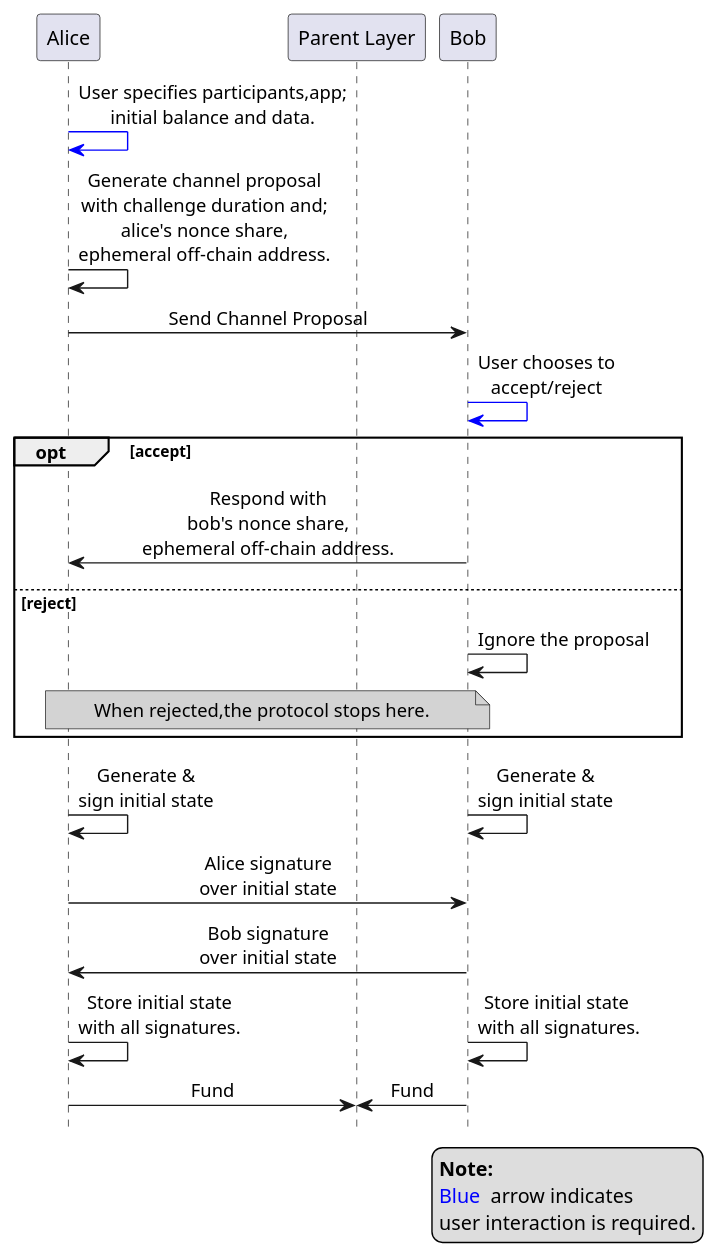
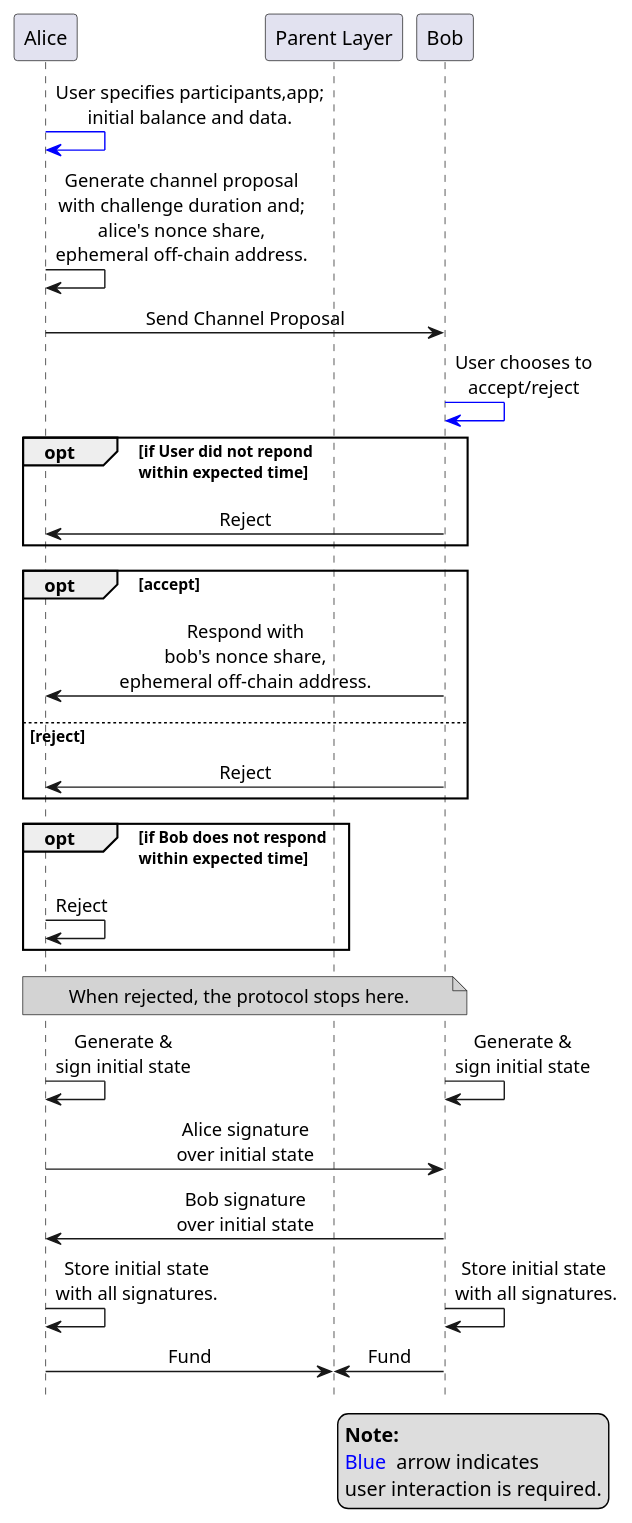
One commit to hyperledger-labs/perun-doc changed the diagram in source/images/concepts/open_generic.plantuml. Above: the diagram before and after it, drawn with PlantUML. The commit also changed 13 other files, not shown here.

```diff
--- a/source/images/concepts/open_generic.plantuml
+++ b/source/images/concepts/open_generic.plantuml
@@ -4,41 +4,48 @@
 @startuml open_generic
 !pragma teoz true
 hide footbox
 skinparam SequenceMessageAlign center
 
 participant "Alice" as alice
 participant "Parent Layer" as parentLayer
 participant "Bob" as bob
 
 alice -[#blue]> alice: User specifies participants,app;\ninitial balance and data.
 alice -> alice: Generate channel proposal\nwith challenge duration and;\nalice's nonce share,\nephemeral off-chain address.
 alice -> bob: Send Channel Proposal
 bob -[#blue]> bob: User chooses to\naccept/reject
+opt if User did not repond\nwithin expected time
+alice <- bob: Reject
+end
+
 opt accept
 alice <- bob: Respond with\nbob's nonce share,\nephemeral off-chain address.
 else reject
-bob -> bob: Ignore the proposal
-note over alice, bob #LightGray
-When rejected,the protocol stops here.
-end note
-
+alice <- bob: Reject
 end
 
+opt if Bob does not respond\nwithin expected time
+alice -> alice: Reject
+end
+
+note over alice, bob #LightGray
+When rejected, the protocol stops here.
+end note
 
 alice -> alice: Generate &\nsign initial state
 & bob -> bob: Generate &\nsign initial state
 alice -> bob: Alice signature\nover initial state
 alice <- bob: Bob signature\nover initial state
 bob -> bob: Store initial state \nwith all signatures.
 & alice -> alice: Store initial state\nwith all signatures.
 
 alice -> parentLayer: Fund
 & bob -> parentLayer: Fund
 
 legend bottom right
 <b>Note:</b>
 <color:blue>Blue </color> arrow indicates
 user interaction is required.
 endlegend
 
 @enduml
```
